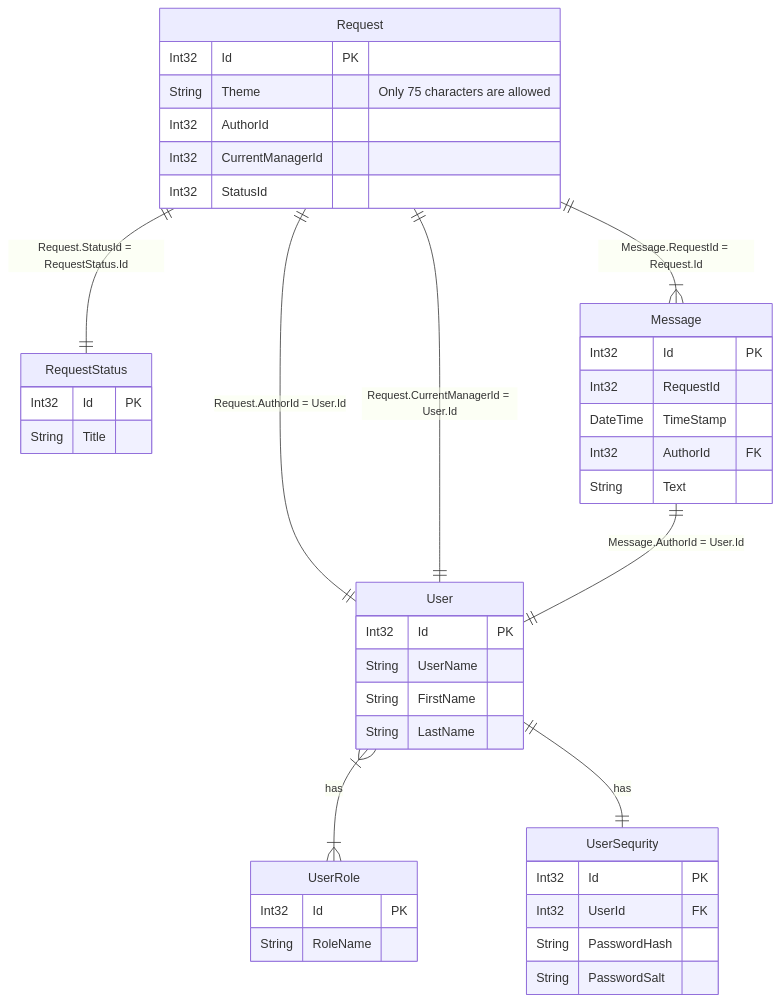
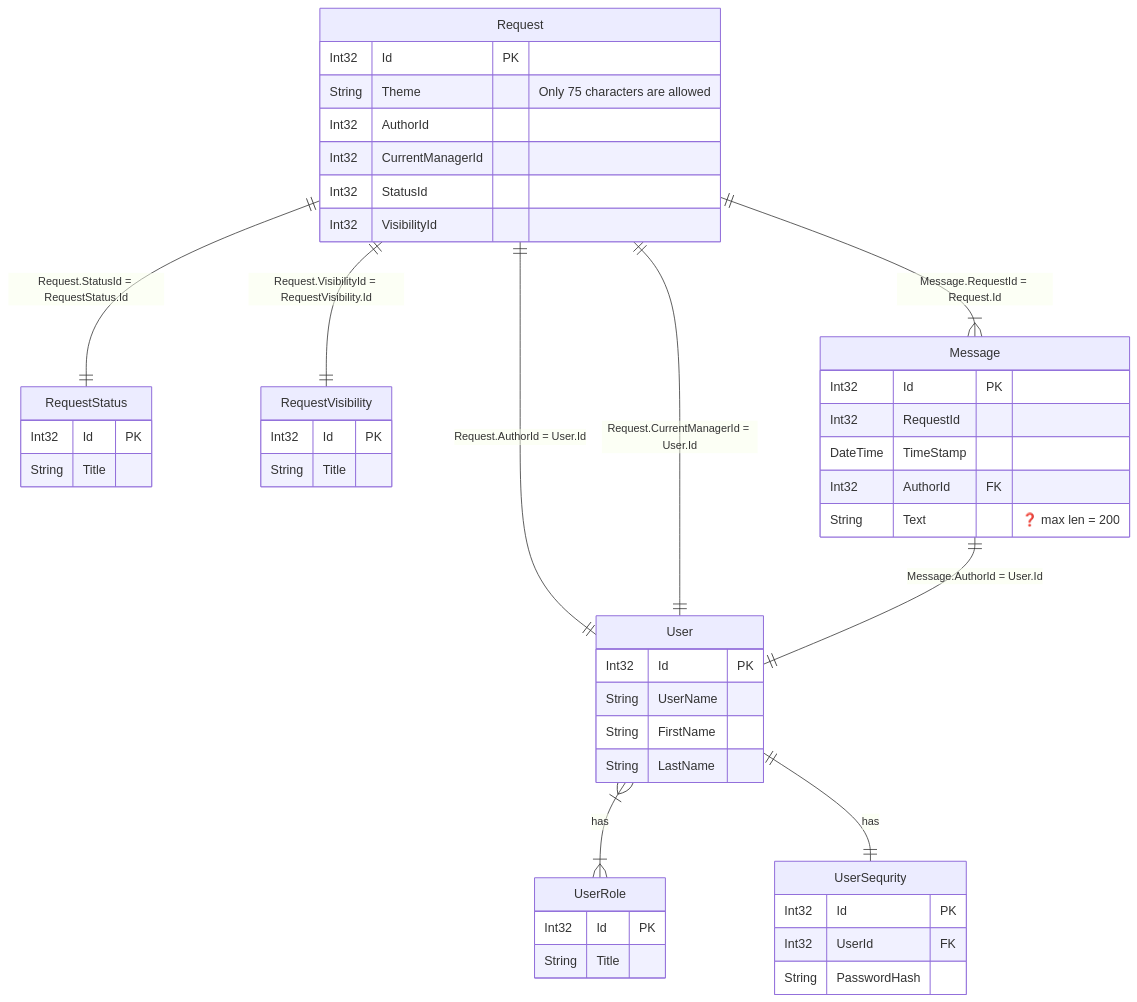
Before and after one commit to Zorin-Mykhailo/Hillel_PythonPro: the first of 2 diagrams in Hillel_PythonPro/13/homework13.md, drawn with Mermaid. The commit also changed other lines of this file, not shown here.

````diff
--- a/Hillel_PythonPro/13/homework13.md
+++ b/Hillel_PythonPro/13/homework13.md
@@ -3,54 +3,58 @@
 ```mermaid
 erDiagram
 
   UserRole {
     Int32 Id PK
-    String RoleName
+    String Title
   }
   
   UserSequrity{
     Int32 Id PK
     Int32 UserId FK
     String PasswordHash
-    String PasswordSalt
   }
   
   User {
     Int32 Id PK
     String UserName    
     String FirstName
     String LastName
   }
   
   RequestStatus {
     Int32 Id PK
     String Title
   }
   
+  RequestVisibility {
+    Int32 Id PK
+    String Title
+  }
+  
   Request {
     Int32 Id PK
     String Theme "Only 75 characters are allowed"
     Int32 AuthorId
     Int32 CurrentManagerId
     Int32 StatusId
+    Int32 VisibilityId
   }
-  
-  
   
   Message {
     Int32 Id PK
     Int32 RequestId
     DateTime TimeStamp
     Int32 AuthorId FK
-    String Text
+    String Text "❓ max len = 200"
   }
   
   Request ||--|{ Message : "Message.RequestId = Request.Id"
   Request ||--|| RequestStatus : "Request.StatusId = RequestStatus.Id"
+  Request ||--|| RequestVisibility : "Request.VisibilityId = RequestVisibility.Id"
   Request ||--|| User : "Request.AuthorId = User.Id"
   Request ||--|| User : "Request.CurrentManagerId = User.Id"
   Message ||--|| User : "Message.AuthorId = User.Id"
   User }|--|{ UserRole : has
   User ||--|| UserSequrity : has  
   
 ```
````
